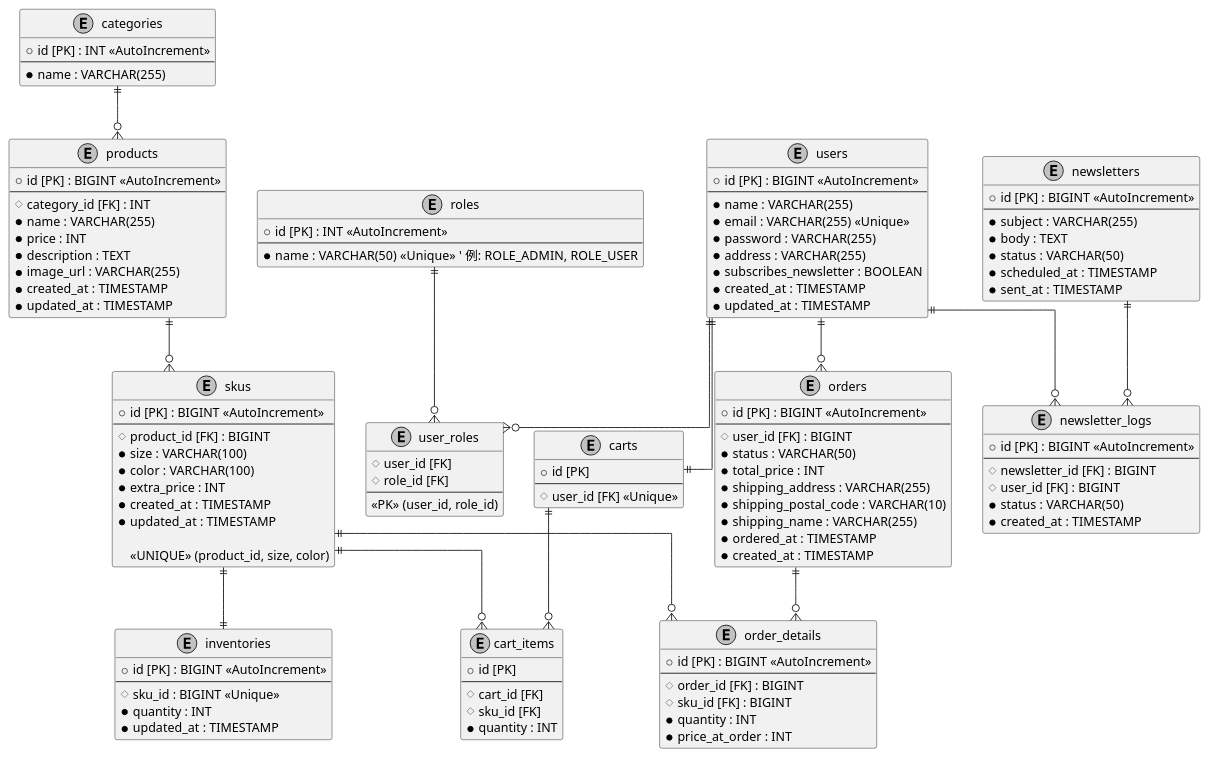
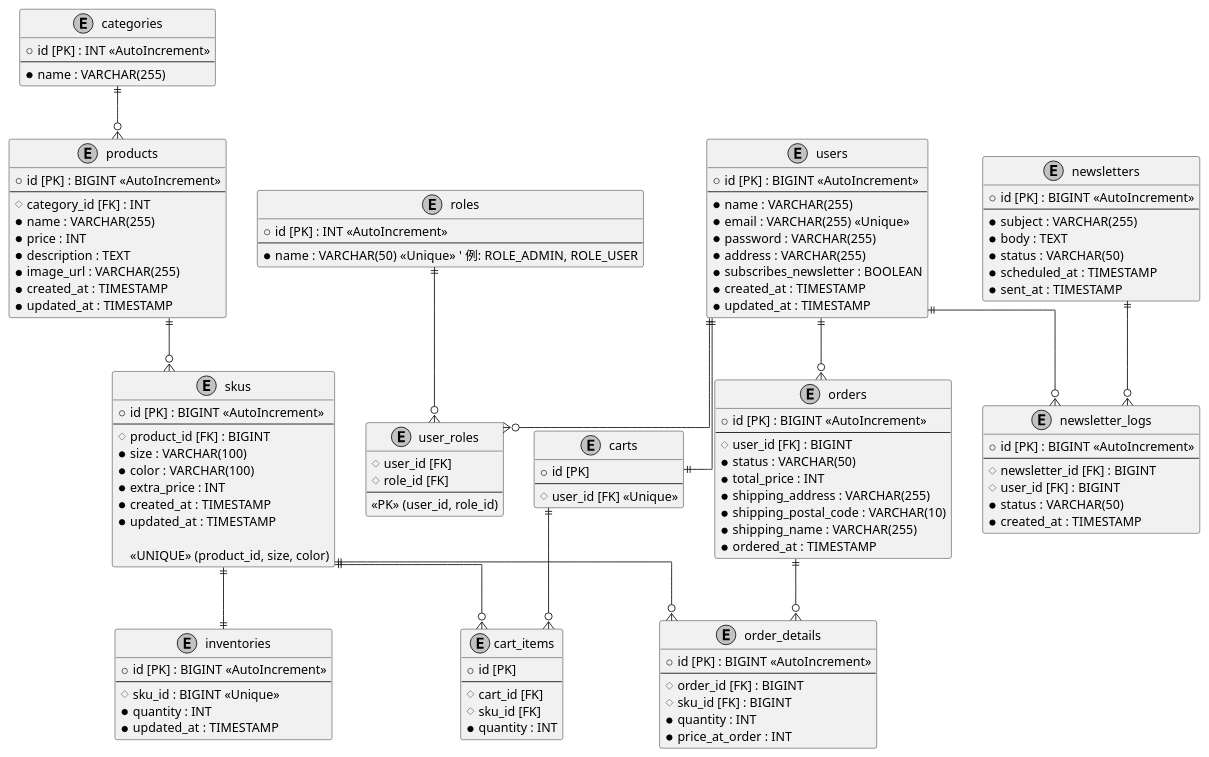
Before and after one commit to Atgsasakazh5/my-ec-site: the diagram in docs/diagrams/er_diagram.puml, drawn with PlantUML. The commit also changed 7 other files, not shown here.

```diff
--- a/docs/diagrams/er_diagram.puml
+++ b/docs/diagrams/er_diagram.puml
@@ -1,181 +1,179 @@
 @startuml EC Site ERD
 
 ' 図の見た目を整える skinparam
 skinparam linetype ortho
 skinparam monochrome true
 hide empty members
 
 ' --- エンティティ（テーブル）の定義 ---
 
 ' ユーザーテーブル
 entity "users" {
     + id [PK] : BIGINT <<AutoIncrement>>
     --
     * name : VARCHAR(255)
     * email : VARCHAR(255) <<Unique>>
     * password : VARCHAR(255)
     * address : VARCHAR(255)
     * subscribes_newsletter : BOOLEAN
     * created_at : TIMESTAMP
     * updated_at : TIMESTAMP
 }
 
 ' 商品カテゴリテーブル
 entity "categories" {
     + id [PK] : INT <<AutoIncrement>>
     --
     * name : VARCHAR(255)
 }
 
 ' 商品テーブル
 entity "products" {
     + id [PK] : BIGINT <<AutoIncrement>>
     --
     # category_id [FK] : INT
     * name : VARCHAR(255)
     * price : INT
     * description : TEXT
     * image_url : VARCHAR(255)
     * created_at : TIMESTAMP
     * updated_at : TIMESTAMP
 }
 
 ' 注文テーブル
 entity "orders" {
     + id [PK] : BIGINT <<AutoIncrement>>
     --
     # user_id [FK] : BIGINT
     * status : VARCHAR(50)
     * total_price : INT
     ' --- 配送先情報 ---
     * shipping_address : VARCHAR(255)
     * shipping_postal_code : VARCHAR(10)
     * shipping_name : VARCHAR(255)
-    ' ---
     * ordered_at : TIMESTAMP
-    * created_at : TIMESTAMP
 }
 
 ' 注文明細テーブル（中間テーブル）
 entity "order_details" {
     + id [PK] : BIGINT <<AutoIncrement>>
     --
     # order_id [FK] : BIGINT
     # sku_id [FK] : BIGINT
     * quantity : INT
     * price_at_order : INT
 }
 
 ' SKUテーブル（商品に対するSKU情報）
 entity "skus" {
     + id [PK] : BIGINT <<AutoIncrement>>
     --
     # product_id [FK] : BIGINT
     ' ON DELETE CASCADE
     * size : VARCHAR(100)
     * color : VARCHAR(100)
     * extra_price : INT
     * created_at : TIMESTAMP
     * updated_at : TIMESTAMP
 
     ' 複合ユニーク制約
   <<UNIQUE>> (product_id, size, color)
 }
 
 ' 在庫テーブル
 entity "inventories" {
     + id [PK] : BIGINT <<AutoIncrement>>
     --
     # sku_id : BIGINT <<Unique>>
     ' ON DELETE CASCADE
     * quantity : INT
     * updated_at : TIMESTAMP
 }
 
 ' カートテーブル
 entity "carts" {
     + id [PK]
     --
     # user_id [FK] <<Unique>>
 }
 
 ' カート内商品テーブル
 entity "cart_items" {
     + id [PK]
     --
     # cart_id [FK]
     # sku_id [FK]
     * quantity : INT
 }
 
 ' ロールマスタテーブル
 entity "roles" {
     + id [PK] : INT <<AutoIncrement>>
     --
     * name : VARCHAR(50) <<Unique>>  ' 例: ROLE_ADMIN, ROLE_USER
 }
 
 ' ユーザーとロールの中間テーブル
 entity "user_roles" {
     # user_id [FK]
     # role_id [FK]
     --
     <<PK>> (user_id, role_id)
 }
 
 ' メールマガジン管理テーブル
 entity "newsletters" {
     + id [PK] : BIGINT <<AutoIncrement>>
     --
     * subject : VARCHAR(255)
     * body : TEXT
     * status : VARCHAR(50)
     * scheduled_at : TIMESTAMP
     * sent_at : TIMESTAMP
 }
 
 ' メールマガジン配信ログテーブル
 entity "newsletter_logs" {
     + id [PK] : BIGINT <<AutoIncrement>>
     --
     # newsletter_id [FK] : BIGINT
     # user_id [FK] : BIGINT
     * status : VARCHAR(50)
     * created_at : TIMESTAMP
 }
 
 
 ' --- リレーションシップの定義 ---
 
 ' ユーザーと注文 1対多
 users ||--o{orders
 
 ' カテゴリと商品 1対多
 categories ||--o{products
 
 ' 注文と注文明細 1対多
 orders ||--o{order_details
 
 ' SKUと注文明細 1対多
 skus ||--o{order_details
 
 ' 商品とSKUは1対多
 products ||--o{skus
 
 ' SKUと在庫は1対1
 skus ||--|| inventories
 
 ' カート機能のリレーション
 users ||--|| carts
 carts ||--o{cart_items
 skus ||--o{cart_items
 
 'ユーザーロールのリレーション
 users ||--o{user_roles
 roles ||--o{user_roles
 
 ' メールマガジンのリレーション
 newsletters ||--o{newsletter_logs
 users ||--o{newsletter_logs
 
 @enduml
```
